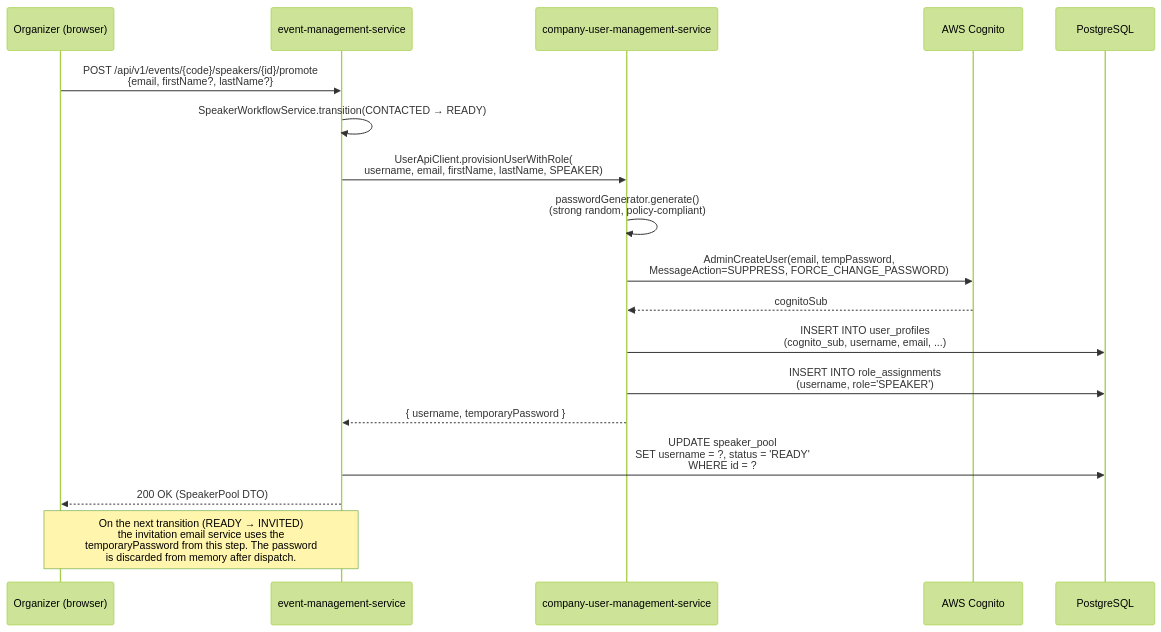
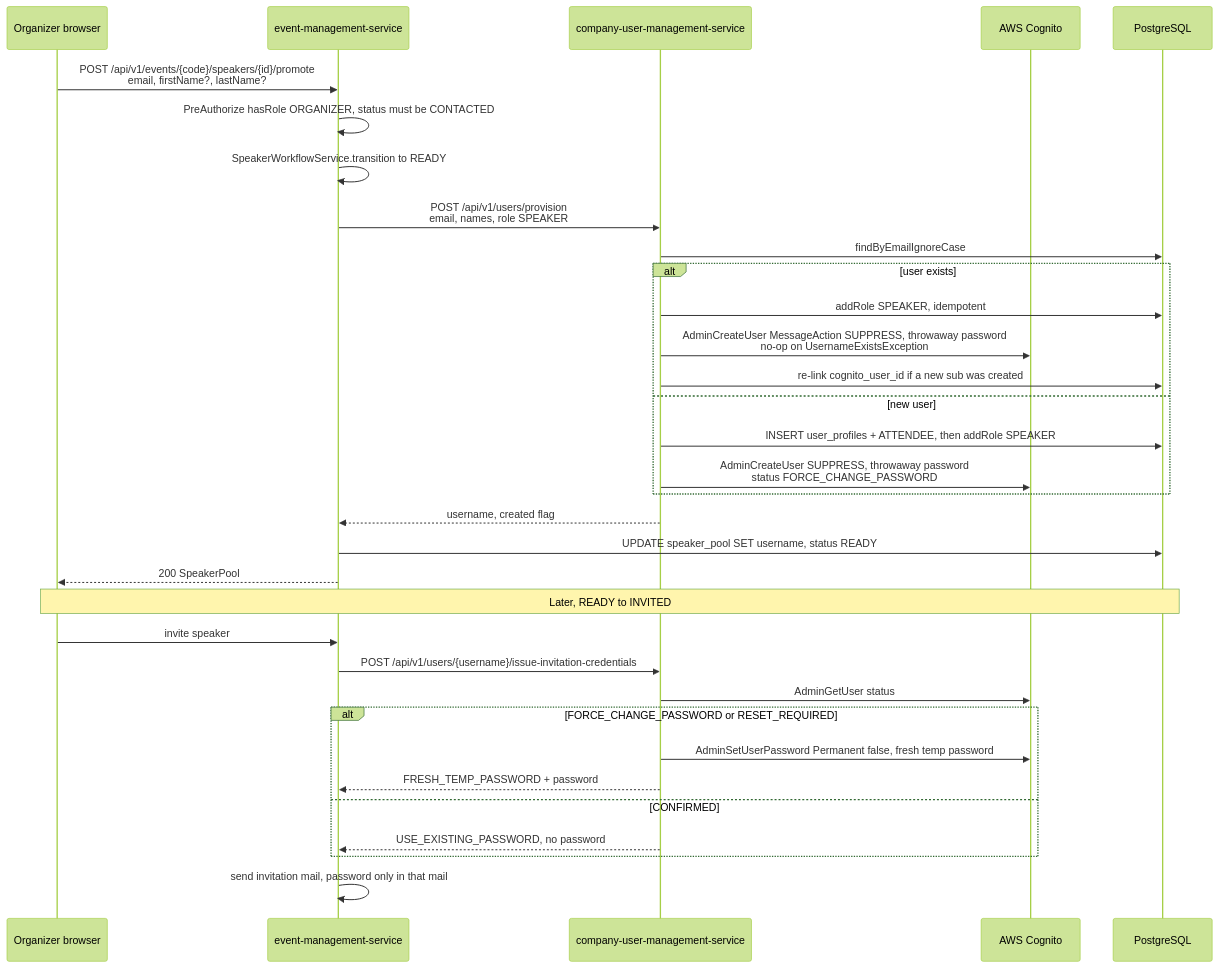
The third of 7 diagrams in docs/architecture/06b-user-lifecycle-sync.md (nissimbuchs/BATbern2), drawn with Mermaid (forest theme) before and after one commit. The commit also changed other lines of this file and 164 other files, not shown here.

First line of the commit message:
docs: documentation audit before BATbern60 (user guide, screenshots, PRD, architecture diagrams) (#1224)

````diff
--- a/docs/architecture/06b-user-lifecycle-sync.md
+++ b/docs/architecture/06b-user-lifecycle-sync.md
@@ -182,22 +239,37 @@
 ```mermaid
 sequenceDiagram
-    participant Org as Organizer (browser)
+    participant Org as Organizer browser
     participant EMS as event-management-service
     participant CUMS as company-user-management-service
     participant Cognito as AWS Cognito
     participant DB as PostgreSQL
 
-    Org->>EMS: POST /api/v1/events/{code}/speakers/{id}/promote<br/>{email, firstName?, lastName?}
-    EMS->>EMS: SpeakerWorkflowService.transition(CONTACTED → READY)
-    EMS->>CUMS: UserApiClient.provisionUserWithRole(<br/>username, email, firstName, lastName, SPEAKER)
-    CUMS->>CUMS: passwordGenerator.generate()<br/>(strong random, policy-compliant)
-    CUMS->>Cognito: AdminCreateUser(email, tempPassword,<br/>MessageAction=SUPPRESS, FORCE_CHANGE_PASSWORD)
-    Cognito-->>CUMS: cognitoSub
-    CUMS->>DB: INSERT INTO user_profiles<br/>(cognito_sub, username, email, ...)
-    CUMS->>DB: INSERT INTO role_assignments<br/>(username, role='SPEAKER')
-    CUMS-->>EMS: { username, temporaryPassword }
-    EMS->>DB: UPDATE speaker_pool<br/>SET username = ?, status = 'READY'<br/>WHERE id = ?
-    EMS-->>Org: 200 OK (SpeakerPool DTO)
+    Org->>EMS: POST /api/v1/events/{code}/speakers/{id}/promote<br/>email, firstName?, lastName?
+    EMS->>EMS: PreAuthorize hasRole ORGANIZER, status must be CONTACTED
+    EMS->>EMS: SpeakerWorkflowService.transition to READY
+    EMS->>CUMS: POST /api/v1/users/provision<br/>email, names, role SPEAKER
+    CUMS->>DB: findByEmailIgnoreCase
+    alt user exists
+        CUMS->>DB: addRole SPEAKER, idempotent
+        CUMS->>Cognito: AdminCreateUser MessageAction SUPPRESS, throwaway password<br/>no-op on UsernameExistsException
+        CUMS->>DB: re-link cognito_user_id if a new sub was created
+    else new user
+        CUMS->>DB: INSERT user_profiles + ATTENDEE, then addRole SPEAKER
+        CUMS->>Cognito: AdminCreateUser SUPPRESS, throwaway password<br/>status FORCE_CHANGE_PASSWORD
+    end
+    CUMS-->>EMS: username, created flag
+    EMS->>DB: UPDATE speaker_pool SET username, status READY
+    EMS-->>Org: 200 SpeakerPool
 
-    Note over EMS,Org: On the next transition (READY → INVITED)<br/>the invitation email service uses the<br/>temporaryPassword from this step. The password<br/>is discarded from memory after dispatch.
+    Note over Org,DB: Later, READY to INVITED
+    Org->>EMS: invite speaker
+    EMS->>CUMS: POST /api/v1/users/{username}/issue-invitation-credentials
+    CUMS->>Cognito: AdminGetUser status
+    alt FORCE_CHANGE_PASSWORD or RESET_REQUIRED
+        CUMS->>Cognito: AdminSetUserPassword Permanent false, fresh temp password
+        CUMS-->>EMS: FRESH_TEMP_PASSWORD + password
+    else CONFIRMED
+        CUMS-->>EMS: USE_EXISTING_PASSWORD, no password
+    end
+    EMS->>EMS: send invitation mail, password only in that mail
 ```
````
